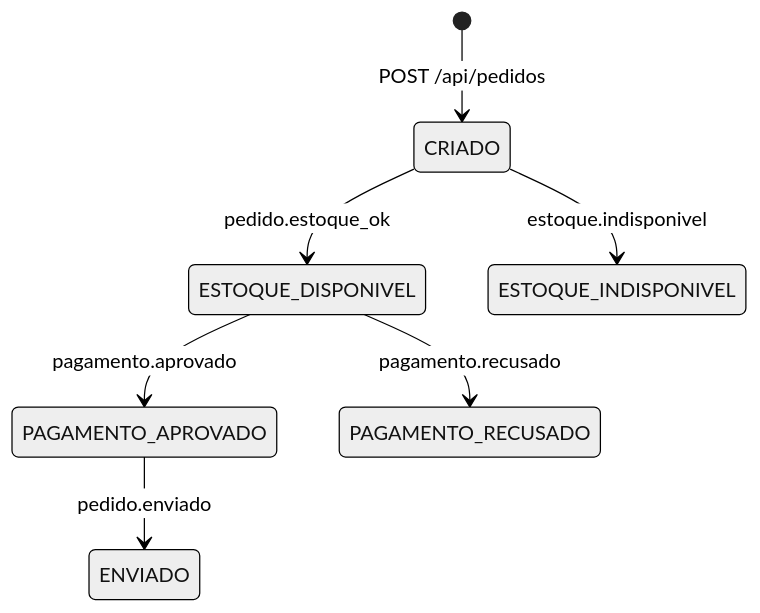
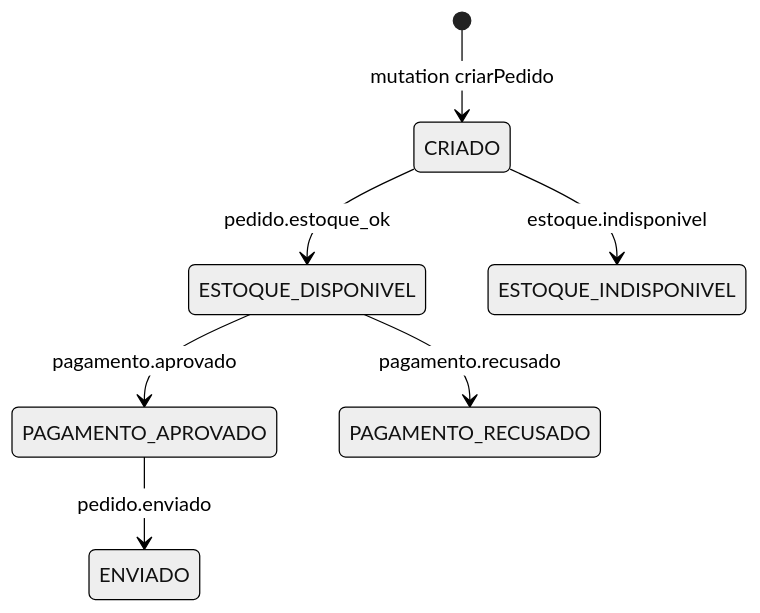
One commit to GabFMM/e-commerce-sd changed the second of 2 diagrams in docs/backend.md. Above: the diagram before and after it, drawn with Mermaid (neutral theme). The commit also changed other lines of this file and 33 other files, not shown here.

````diff
--- a/docs/backend.md
+++ b/docs/backend.md
@@ -175,9 +175,9 @@
 ```mermaid
 stateDiagram-v2
-    [*] --> CRIADO: POST /api/pedidos
+    [*] --> CRIADO: mutation criarPedido
     CRIADO --> ESTOQUE_DISPONIVEL: pedido.estoque_ok
     CRIADO --> ESTOQUE_INDISPONIVEL: estoque.indisponivel
     ESTOQUE_DISPONIVEL --> PAGAMENTO_APROVADO: pagamento.aprovado
     ESTOQUE_DISPONIVEL --> PAGAMENTO_RECUSADO: pagamento.recusado
     PAGAMENTO_APROVADO --> ENVIADO: pedido.enviado
 ```
````
